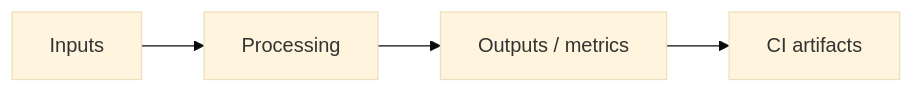
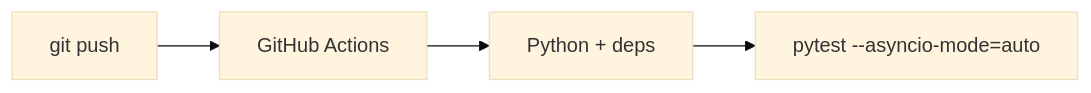
One commit to ArchanaChetan07/LLM-Inference-Benchmarking-Dashboard changed the tenth of 10 diagrams in README.md. Above: the diagram before and after it, drawn with Mermaid (base theme). The commit also changed other lines of this file, not shown here.

Commit message:
docs: FAANG-ready README with architecture diagrams and traceable bench metrics

````diff
--- a/README.md
+++ b/README.md
@@ -43,6 +343,6 @@
 ```mermaid
 flowchart LR
-  In[Inputs] --> Core[Processing]
-  Core --> Out[Outputs / metrics]
-  Out --> CI[CI artifacts]
+  Push[git push] --> GHA[GitHub Actions]
+  GHA --> Py[Python + deps]
+  Py --> Test[pytest --asyncio-mode=auto]
 ```
````
